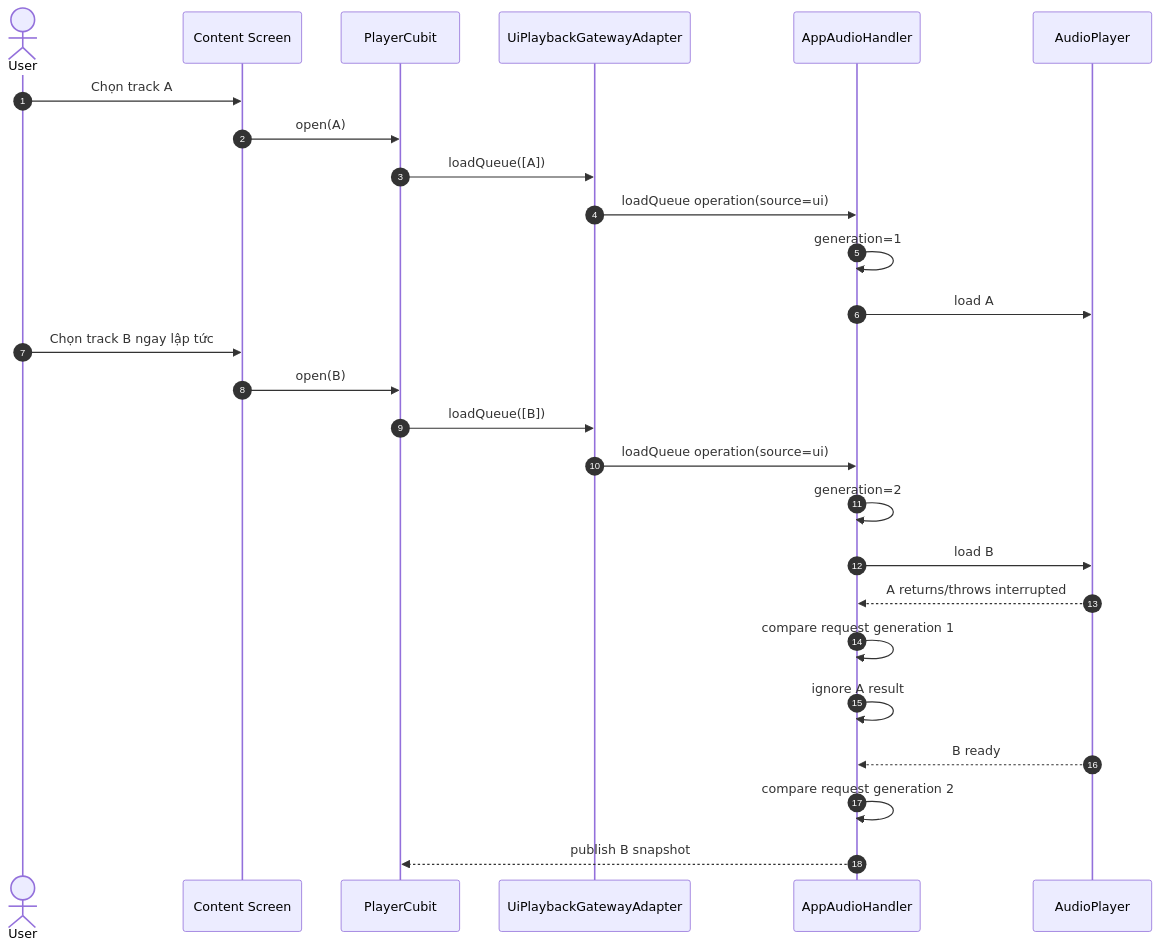
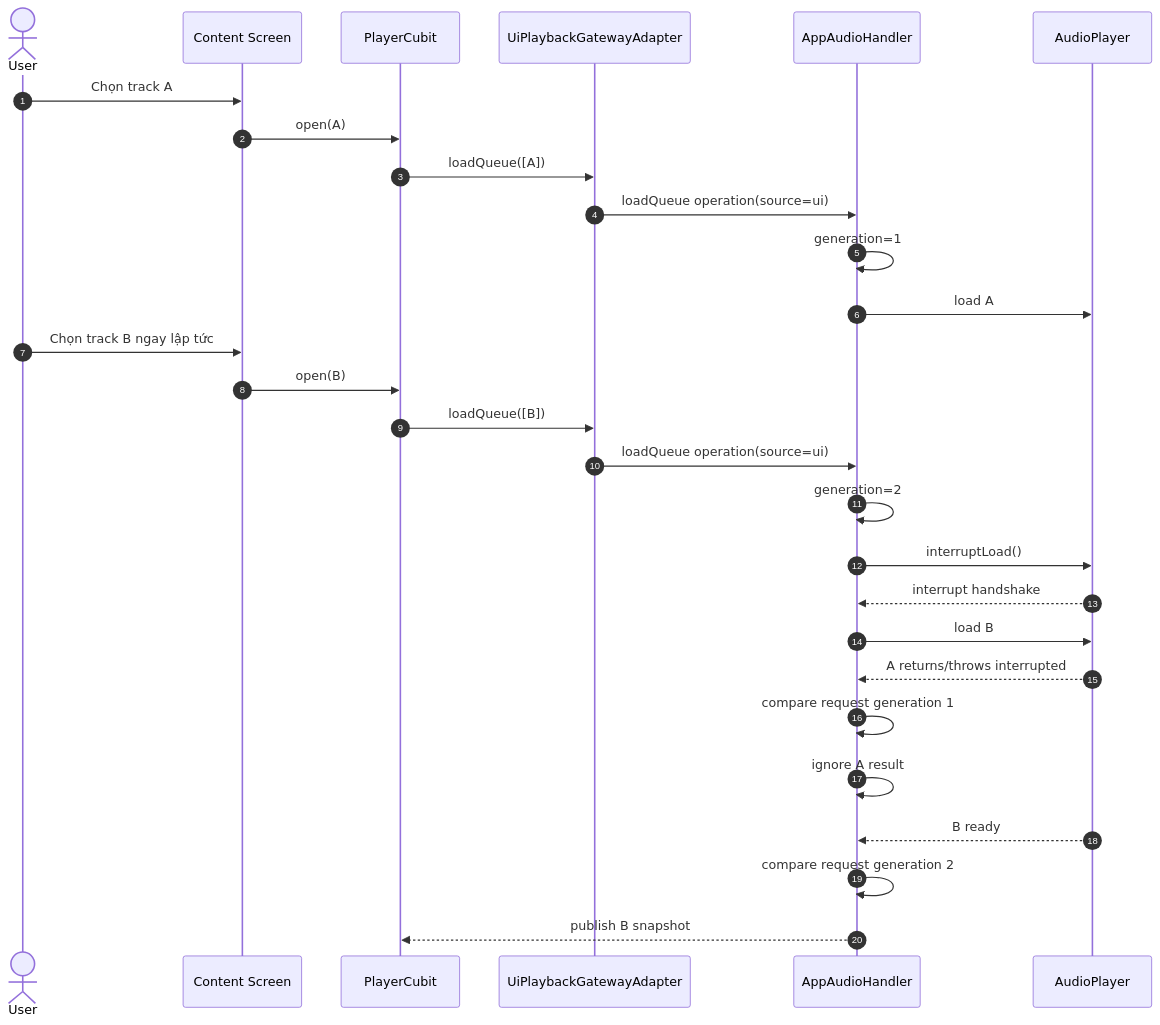
Before and after one commit to ViUniverse/ViListen: diagram 15 of 29 in docs/player-behavioral-diagrams.md, drawn with Mermaid. The commit also changed 10 other files, not shown here.

````diff
--- a/docs/player-behavioral-diagrams.md
+++ b/docs/player-behavioral-diagrams.md
@@ -757,32 +757,34 @@
 ```mermaid
 sequenceDiagram
 autonumber
 actor User
 participant UI as Content Screen
 participant Cubit as PlayerCubit
 participant Gateway as UiPlaybackGatewayAdapter
 participant Handler as AppAudioHandler
 participant Engine as AudioPlayer
 
 User->>UI: Chọn track A
 UI->>Cubit: open(A)
 Cubit->>Gateway: loadQueue([A])
 Gateway->>Handler: loadQueue operation(source=ui)
 Handler->>Handler: generation=1
 Handler->>Engine: load A
 
 User->>UI: Chọn track B ngay lập tức
 UI->>Cubit: open(B)
 Cubit->>Gateway: loadQueue([B])
 Gateway->>Handler: loadQueue operation(source=ui)
 Handler->>Handler: generation=2
+Handler->>Engine: interruptLoad()
+Engine-->>Handler: interrupt handshake
 Handler->>Engine: load B
 
 Engine-->>Handler: A returns/throws interrupted
 Handler->>Handler: compare request generation 1
 Handler->>Handler: ignore A result
 
 Engine-->>Handler: B ready
 Handler->>Handler: compare request generation 2
 Handler-->>Cubit: publish B snapshot
 ```
````
